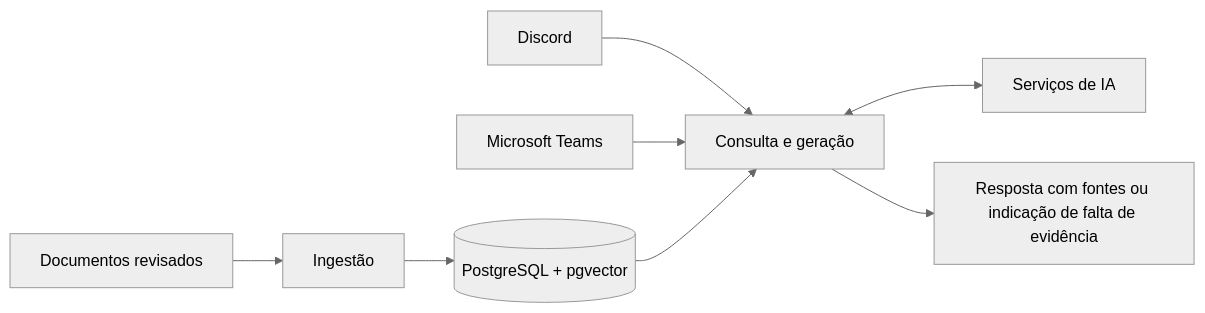
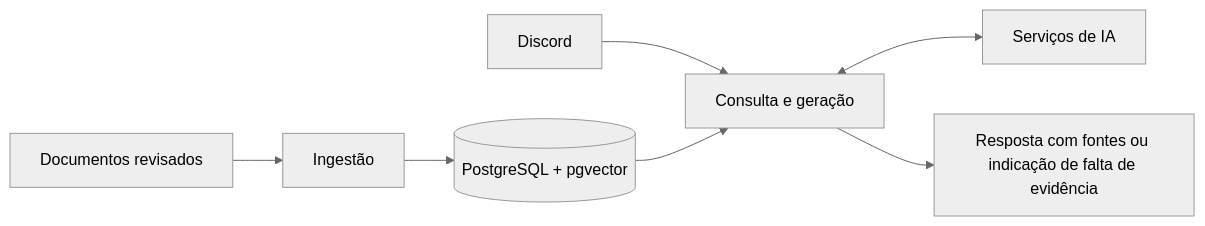
The diagram in docs/arquitetura.md (vitoradriao/sabidao), drawn with Mermaid (neutral theme) before and after one commit. The commit also changed other lines of this file and 91 other files, not shown here.

````diff
--- a/docs/arquitetura.md
+++ b/docs/arquitetura.md
@@ -7,10 +7,9 @@
 ```mermaid
 flowchart LR
     Documentos[Documentos revisados] --> Ingestao[Ingestão]
     Ingestao --> Banco[(PostgreSQL + pgvector)]
     Discord[Discord] --> RAG[Consulta e geração]
-    Teams[Microsoft Teams] --> RAG
     Banco --> RAG
     RAG <--> Modelos[Serviços de IA]
     RAG --> Resposta[Resposta com fontes ou indicação de falta de evidência]
 ```
````
